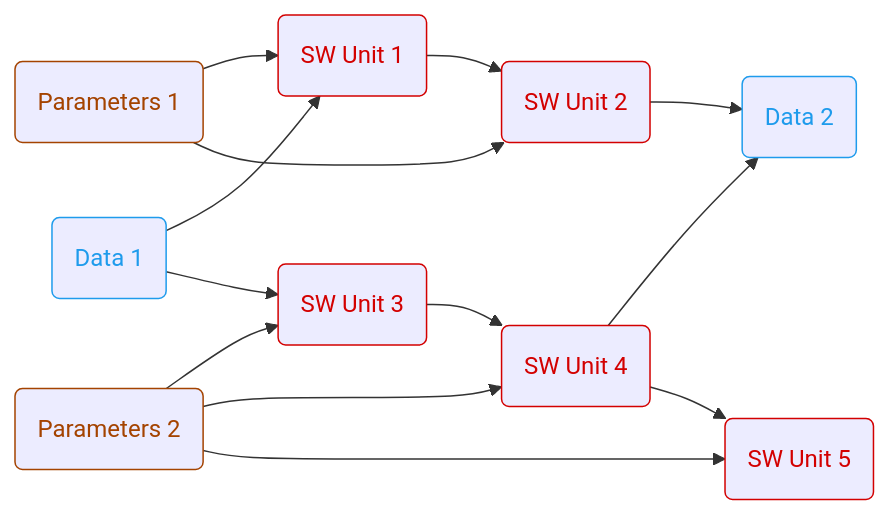
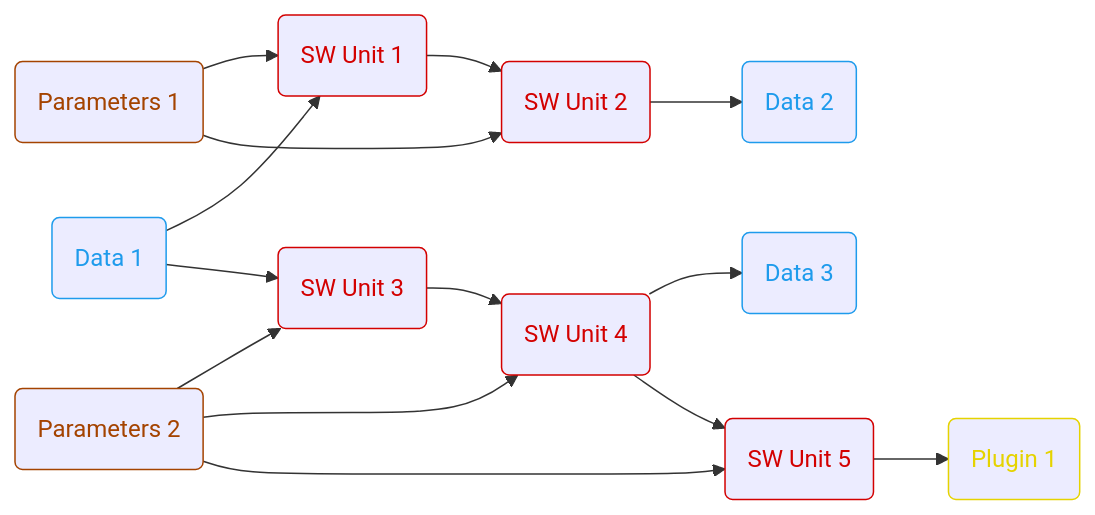
The diagram in README.md (olympus-tools/ARES), drawn with Mermaid before and after one commit. The commit also changed other lines of this file and 2 other files, not shown here.

````diff
--- a/README.md
+++ b/README.md
@@ -85,34 +212,35 @@
 ```mermaid
 flowchart LR
 
     PARAM1(Parameters 1) --> SWU1(SW Unit 1)
     PARAM1 --> SWU2(SW Unit 2)
     MEAS1(Data 1) --> SWU1
     SWU1 --> SWU2
     SWU2 --> MEAS2(Data 2)
 
     PARAM2(Parameters 2) --> SWU3(SW Unit 3)
     PARAM2 --> SWU4(SW Unit 4)
     PARAM2 --> SWU5(SW Unit 5)
     MEAS1(Data 1) --> SWU3
     SWU3 --> SWU4
-    SWU4 --> MEAS2
+    SWU4 --> MEAS3(Data 3)
     SWU4 --> SWU5
+    SWU5 --> PLUGIN1(Plugin 1)
 
-    classDef Parameters        color:#a44300, stroke:#a44300;
-    classDef Data        color:#1e9bec, stroke:#1e9bec;
-    classDef SW_Unit           color:#d30000, stroke:#d30000;
-    classDef Test              color:#2eb400, stroke:#2eb400;
-    classDef Plot              color:#ad00d0, stroke:#ad00d0;
-    classDef Optimization      color:#e5d300, stroke:#e5d300;
+    classDef Parameters     color:#a44300, stroke:#a44300;
+    classDef Data           color:#1e9bec, stroke:#1e9bec;
+    classDef SW_Unit        color:#d30000, stroke:#d30000;
+    classDef Plugin         color:#e5d300, stroke:#e5d300;
 
     class PARAM1 Parameters;
     class PARAM2 Parameters;
     class MEAS1 Data;
     class MEAS2 Data;
+    class MEAS3 Data;
     class SWU1 SW_Unit;
     class SWU2 SW_Unit;
     class SWU3 SW_Unit;
     class SWU4 SW_Unit;
     class SWU5 SW_Unit;
+    class PLUGIN1 Plugin;
 ```
````
